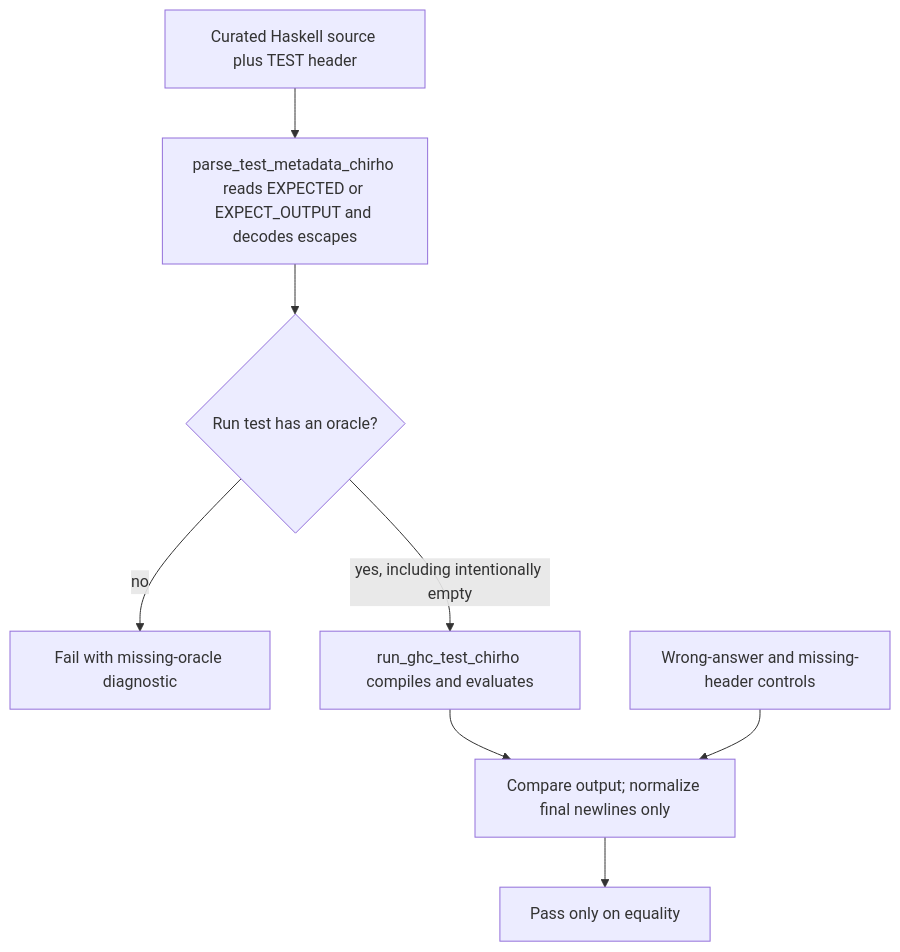
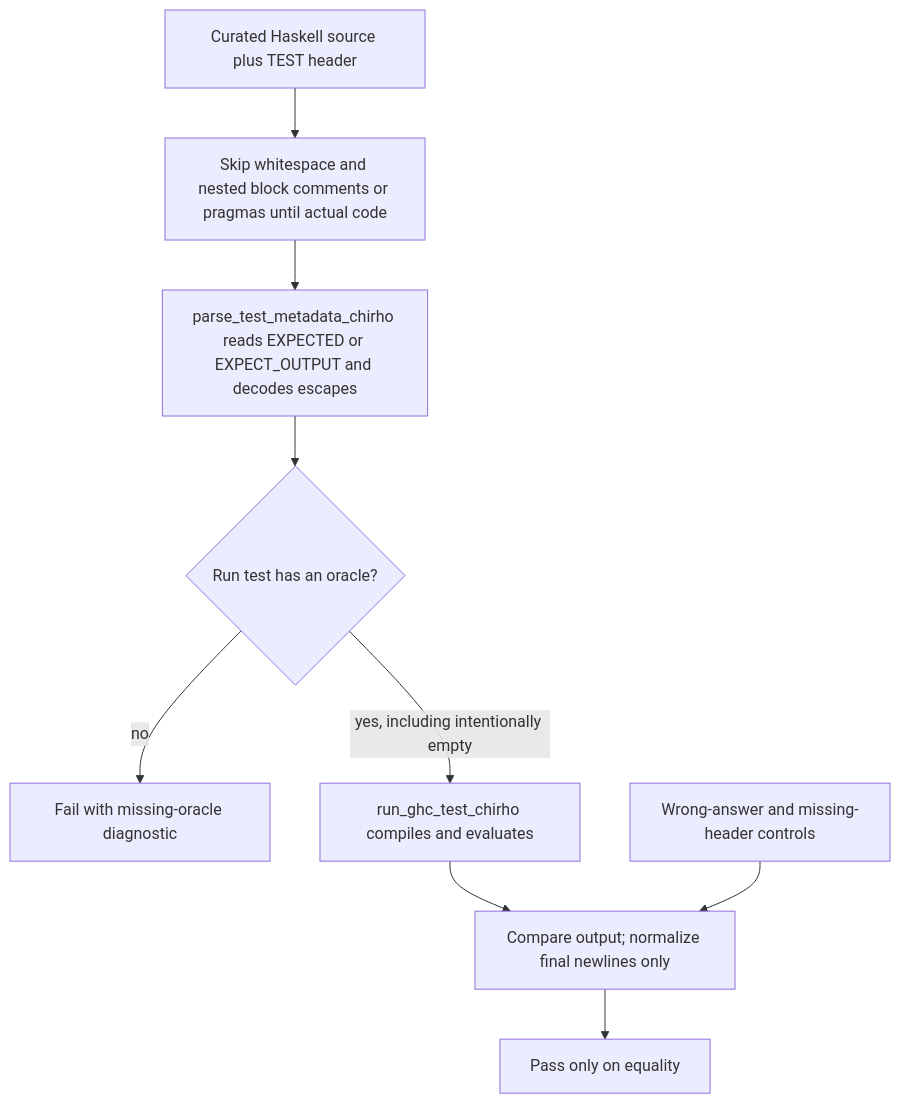
Before and after one commit to loveJesus/haskelujah-chirho: the first of 2 diagrams in spec-chirho/workflows-chirho/testing-chirho/execution-oracles-chirho.md, drawn with Mermaid. The commit also changed other lines of this file and 36 other files, not shown here.

````diff
--- a/spec-chirho/workflows-chirho/testing-chirho/execution-oracles-chirho.md
+++ b/spec-chirho/workflows-chirho/testing-chirho/execution-oracles-chirho.md
@@ -9,10 +9,11 @@
 ```mermaid
 flowchart TD
-    source_chirho[Curated Haskell source plus TEST header] --> metadata_chirho[parse_test_metadata_chirho reads EXPECTED or EXPECT_OUTPUT and decodes escapes]
+    source_chirho[Curated Haskell source plus TEST header] --> prologue_chirho[Skip whitespace and nested block comments or pragmas until actual code]
+    prologue_chirho --> metadata_chirho[parse_test_metadata_chirho reads EXPECTED or EXPECT_OUTPUT and decodes escapes]
     metadata_chirho --> oracle_chirho{Run test has an oracle?}
     oracle_chirho -->|no| missing_chirho[Fail with missing-oracle diagnostic]
     oracle_chirho -->|yes, including intentionally empty| evaluate_chirho[run_ghc_test_chirho compiles and evaluates]
     evaluate_chirho --> compare_chirho[Compare output; normalize final newlines only]
     compare_chirho --> verdict_chirho[Pass only on equality]
     wrong_chirho[Wrong-answer and missing-header controls] --> compare_chirho
 ```
````
